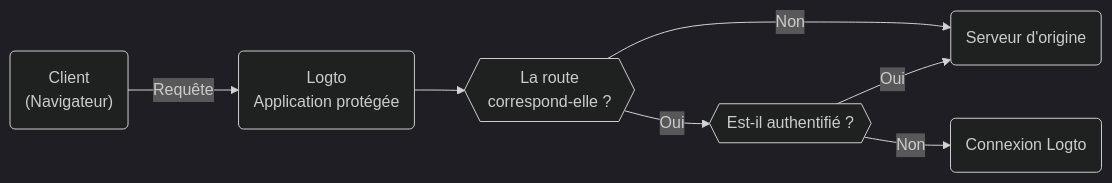
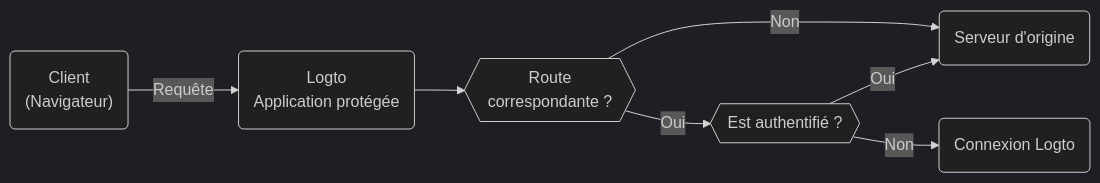
The diagram in i18n/fr/docusaurus-plugin-content-docs/current/integrate-logto/protected-app.mdx (logto-io/docs), drawn with Mermaid (dark theme) before and after one commit. The commit also changed other lines of this file and 234 other files, not shown here.

````diff
--- a/i18n/fr/docusaurus-plugin-content-docs/current/integrate-logto/protected-app.mdx
+++ b/i18n/fr/docusaurus-plugin-content-docs/current/integrate-logto/protected-app.mdx
@@ -17,9 +17,9 @@
 ```mermaid
 graph LR
   A("Client<br/>(Navigateur)") -->|Requête| B(Logto<br/>Application protégée)
-  B --> Condition{{La route<br/>correspond-elle ?}}
-  Condition -->|Oui| Matched{{Est-il authentifié ?}}
+  B --> Condition{{Route<br/>correspondante ?}}
+  Condition -->|Oui| Matched{{Est authentifié ?}}
   Matched -->|Oui| C(Serveur d'origine)
   Matched -->|Non| D(Connexion Logto)
   Condition -->|Non| C
 ```
````
